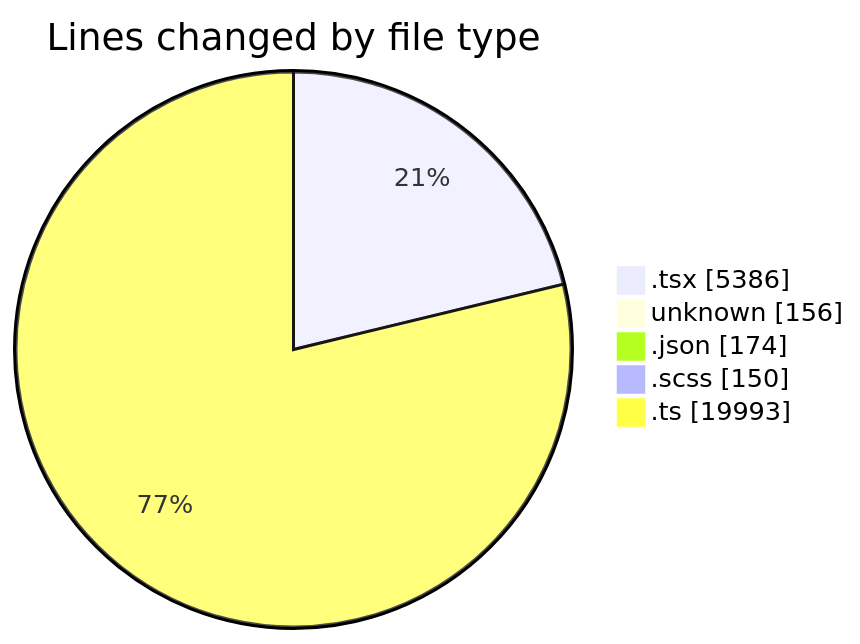
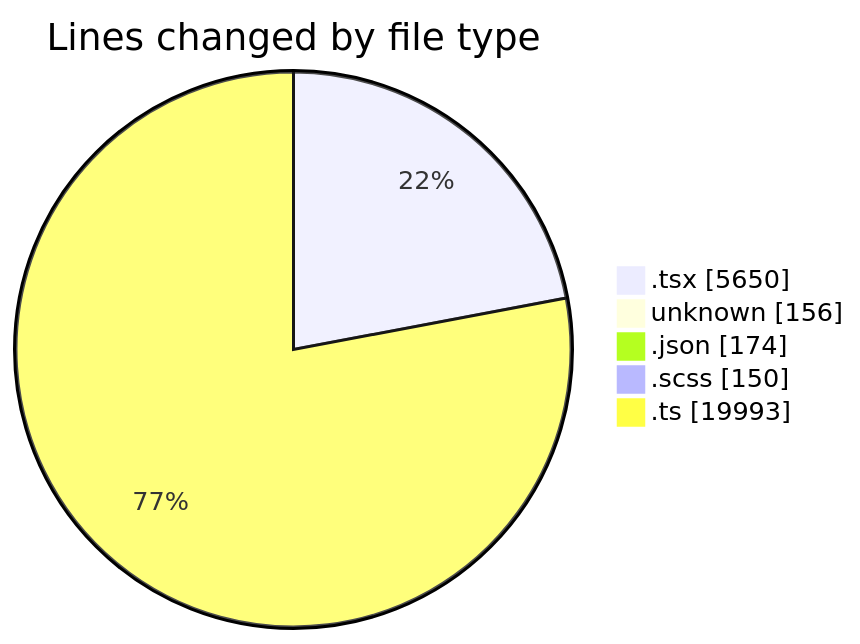
The first of 2 diagrams in 2026-09-28/cda/README.md (momahboobian/code-tracking), drawn with Mermaid before and after one commit. The commit also changed other lines of this file and 1 other file, not shown here.

````diff
--- a/2026-09-28/cda/README.md
+++ b/2026-09-28/cda/README.md
@@ -46,9 +47,9 @@
 ```mermaid
 pie showData
 title Lines changed by file type
-".tsx" : 5386
+".tsx" : 5650
 "unknown" : 156
 ".json" : 174
 ".scss" : 150
 ".ts" : 19993
 ```
````
